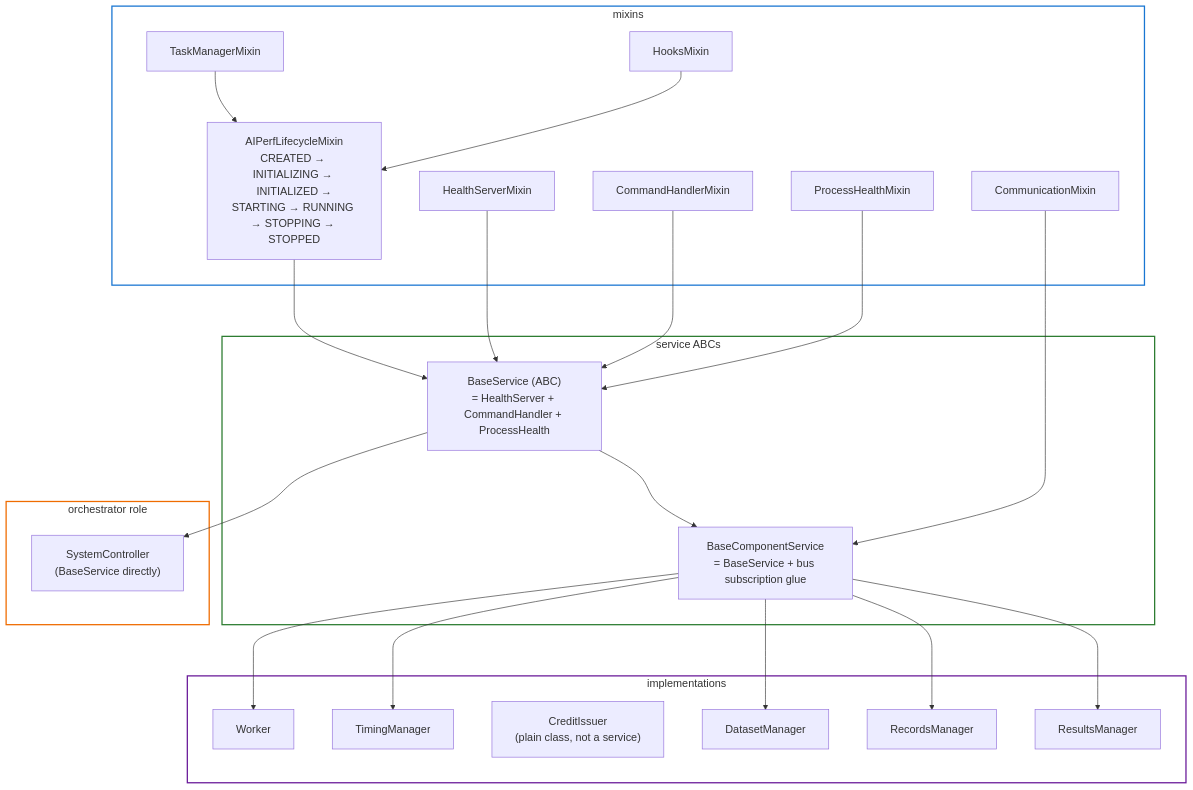
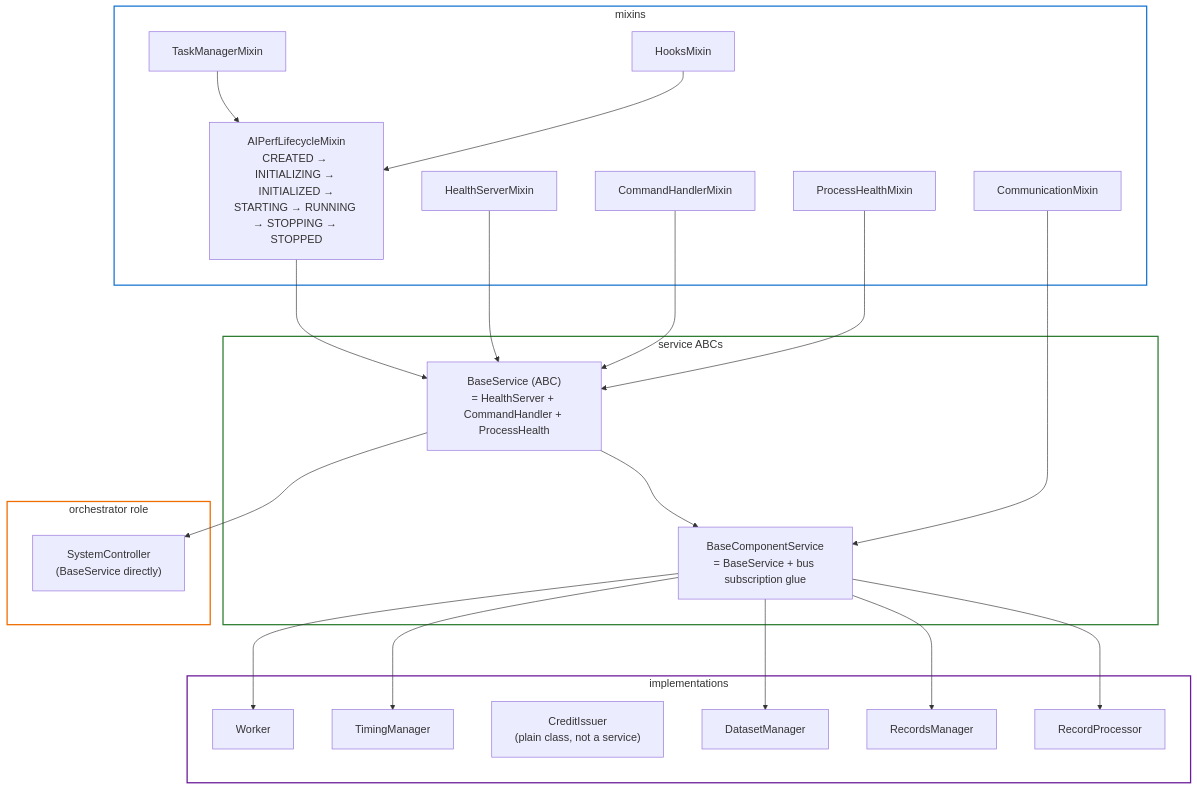
Before and after one commit to ai-dynamo/aiperf: diagram 16 of 24 in docs/dev/sweep-orchestrator-flow.md, drawn with Mermaid. The commit also changed other lines of this file and 1 other file, not shown here.

First line of the commit message:
docs(sweep): regenerate ABC diagrams and correct planner/config/plugin facts

````diff
--- a/docs/dev/sweep-orchestrator-flow.md
+++ b/docs/dev/sweep-orchestrator-flow.md
@@ -839,51 +868,51 @@
 ```mermaid
 %%{init: {'flowchart': {'nodeSpacing': 60, 'rankSpacing': 80, 'padding': 18, 'htmlLabels': true, 'curve': 'basis'}, 'themeVariables': {'fontSize': '17px'}}}%%
 flowchart TB
     subgraph MIX["mixins"]
         lc["AIPerfLifecycleMixin<br/>CREATED → INITIALIZING → INITIALIZED →<br/>STARTING → RUNNING → STOPPING → STOPPED"]
         tm["TaskManagerMixin"]
         hh["HooksMixin"]
         hsm["HealthServerMixin"]
         chm["CommandHandlerMixin"]
         phm["ProcessHealthMixin"]
         com["CommunicationMixin"]
     end
 
     subgraph BASE["service ABCs"]
         bs["BaseService (ABC)<br/>= HealthServer + CommandHandler + ProcessHealth"]
         bcs["BaseComponentService<br/>= BaseService + bus subscription glue"]
         bs --> bcs
     end
 
     subgraph CTRL["orchestrator role"]
         sc["SystemController<br/>(BaseService directly)"]
         bs --> sc
     end
 
     subgraph IMPL["implementations"]
         wk["Worker"]
         ti["TimingManager"]
         ci["CreditIssuer<br/>(plain class, not a service)"]
         dm["DatasetManager"]
         rm["RecordsManager"]
-        rs["ResultsManager"]
+        rp["RecordProcessor"]
         bcs --> wk
         bcs --> ti
         bcs --> dm
         bcs --> rm
-        bcs --> rs
+        bcs --> rp
     end
 
     lc --> bs
     tm --> lc
     hh --> lc
     hsm --> bs
     chm --> bs
     phm --> bs
     com --> bcs
 
     style MIX fill:transparent,stroke:#1976d2,stroke-width:2px
     style BASE fill:transparent,stroke:#2e7d32,stroke-width:2px
     style CTRL fill:transparent,stroke:#ef6c00,stroke-width:2px
     style IMPL fill:transparent,stroke:#6a1b9a,stroke-width:2px
 ```
````
